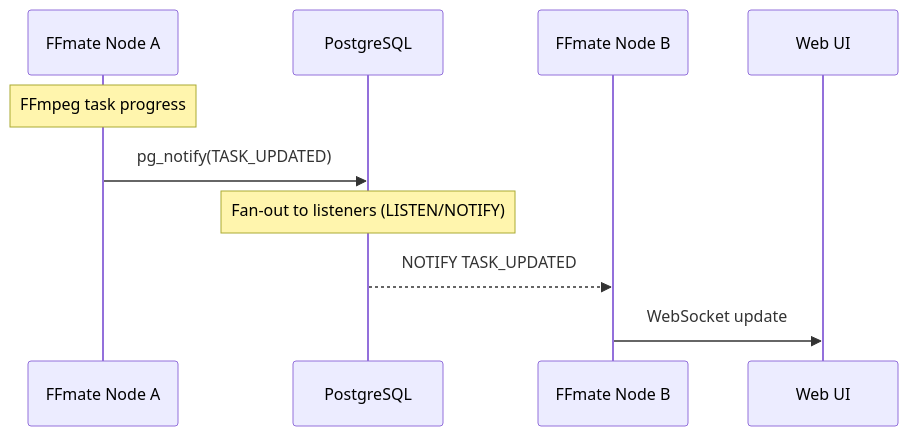
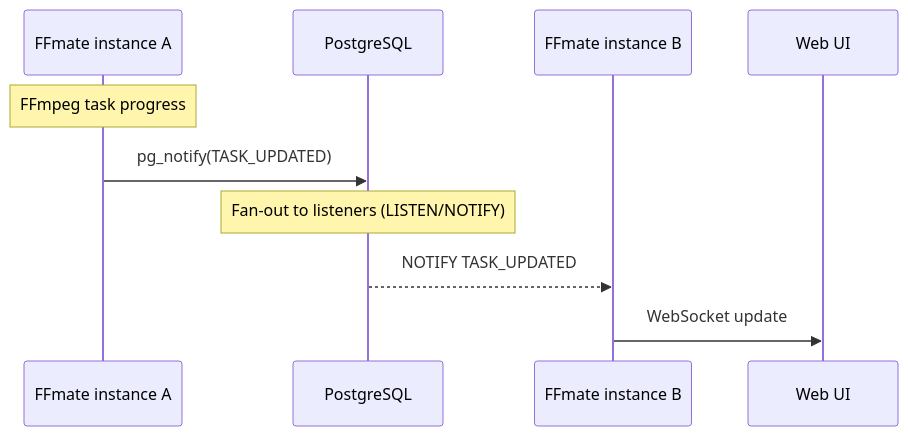
The diagram in docs/clustering.md (welovemedia/ffmate-docs), drawn with Mermaid before and after one commit. The commit also changed other lines of this file, not shown here.

````diff
--- a/docs/clustering.md
+++ b/docs/clustering.md
@@ -65,13 +73,13 @@
 ```mermaid
 sequenceDiagram
-    participant A as FFmate Node A
+    participant A as FFmate instance A
     participant PG as PostgreSQL
-    participant B as FFmate Node B
+    participant B as FFmate instance B
     participant UI as Web UI
 
     Note over A: FFmpeg task progress
     A->>PG: pg_notify(TASK_UPDATED)
     Note over PG: Fan-out to listeners (LISTEN/NOTIFY)
     PG-->>B: NOTIFY TASK_UPDATED
     B->>UI: WebSocket update
 ```
````
